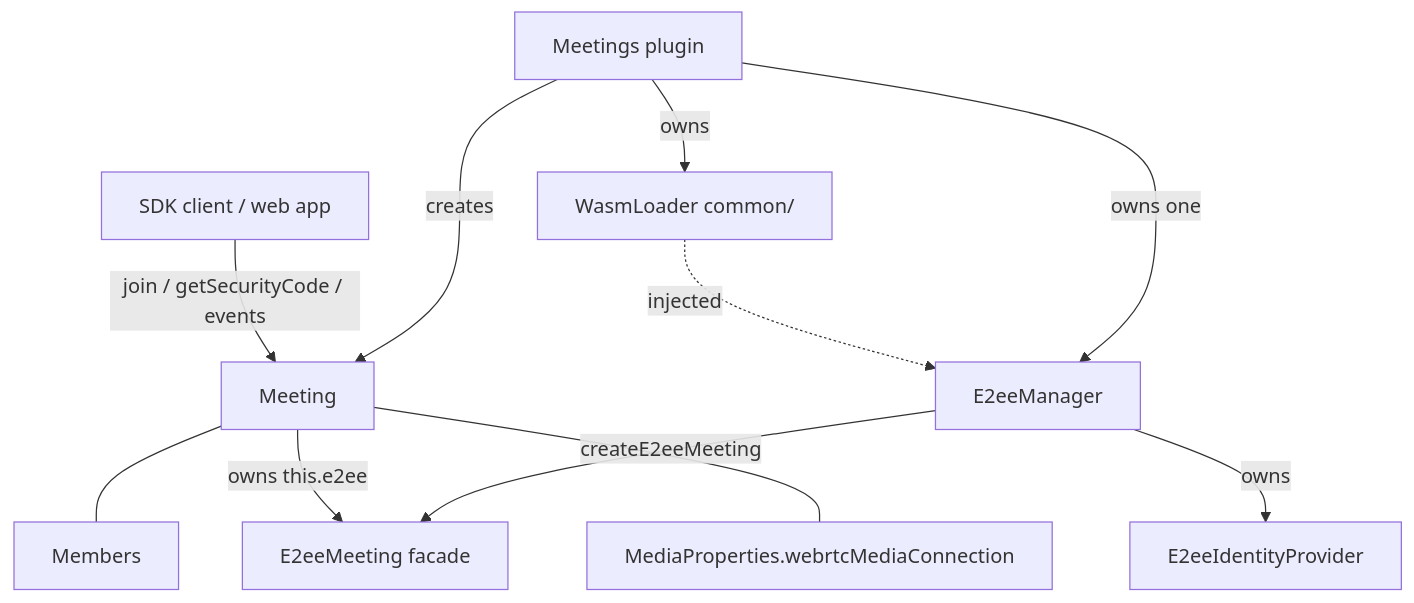
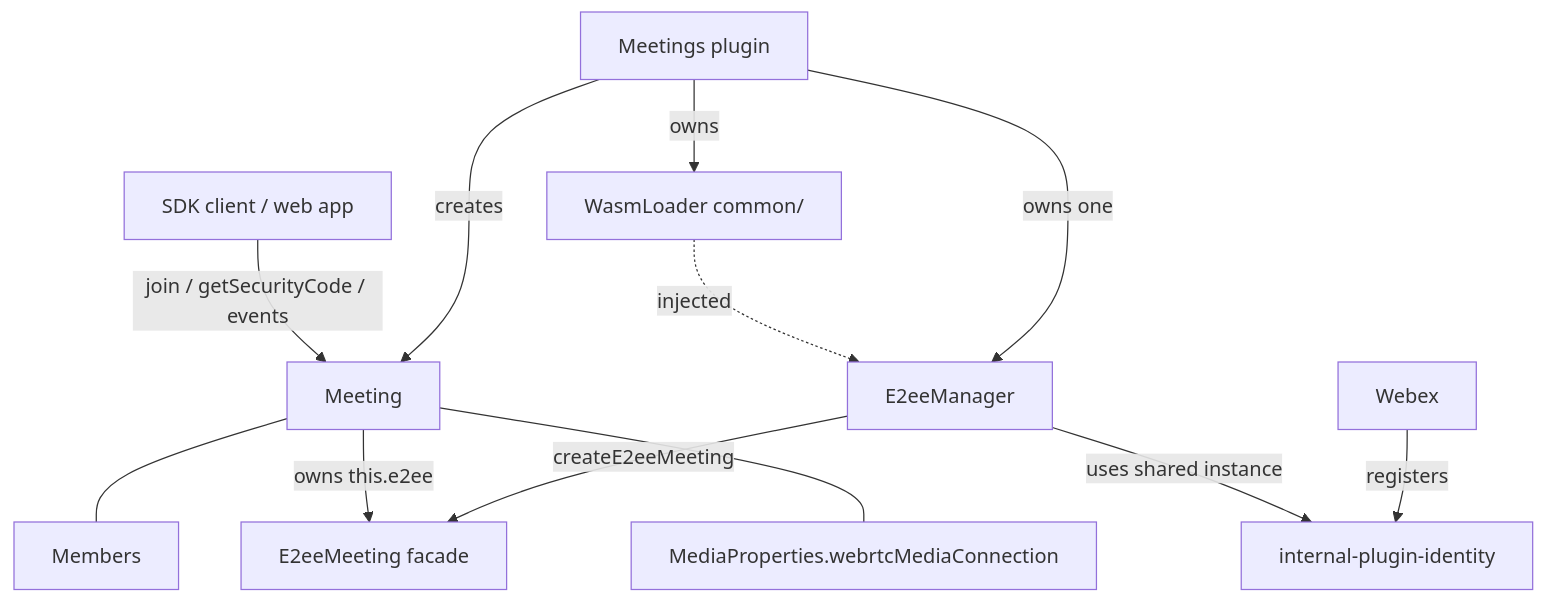
One commit to webex/webex-js-sdk changed the first of 3 diagrams in packages/@webex/plugin-meetings/src/e2ee/DESIGN.md. Above: the diagram before and after it, drawn with Mermaid. The commit also changed other lines of this file and 20 other files, not shown here.

Commit message:
fix: moved identity to a new plugin

````diff
--- a/packages/@webex/plugin-meetings/src/e2ee/DESIGN.md
+++ b/packages/@webex/plugin-meetings/src/e2ee/DESIGN.md
@@ -106,13 +104,14 @@
 ```mermaid
 graph TD
     Meetings[Meetings plugin] -->|creates| Meeting[Meeting]
     Meetings -->|owns| WasmLoader[WasmLoader common/]
     Meetings -->|owns one| Mgr[E2eeManager]
     WasmLoader -.->|injected| Mgr
-    Mgr -->|owns| Ident[E2eeIdentityProvider]
+    Webex -->|registers| Ident[internal-plugin-identity]
+    Mgr -->|uses shared instance| Ident
     Mgr -->|createE2eeMeeting| E2eeMeeting[E2eeMeeting facade]
     Meeting -->|owns this.e2ee| E2eeMeeting
     App[SDK client / web app] -->|join / getSecurityCode / events| Meeting
     Meeting --- Members
     Meeting --- MediaProps[MediaProperties.webrtcMediaConnection]
 ```
````
